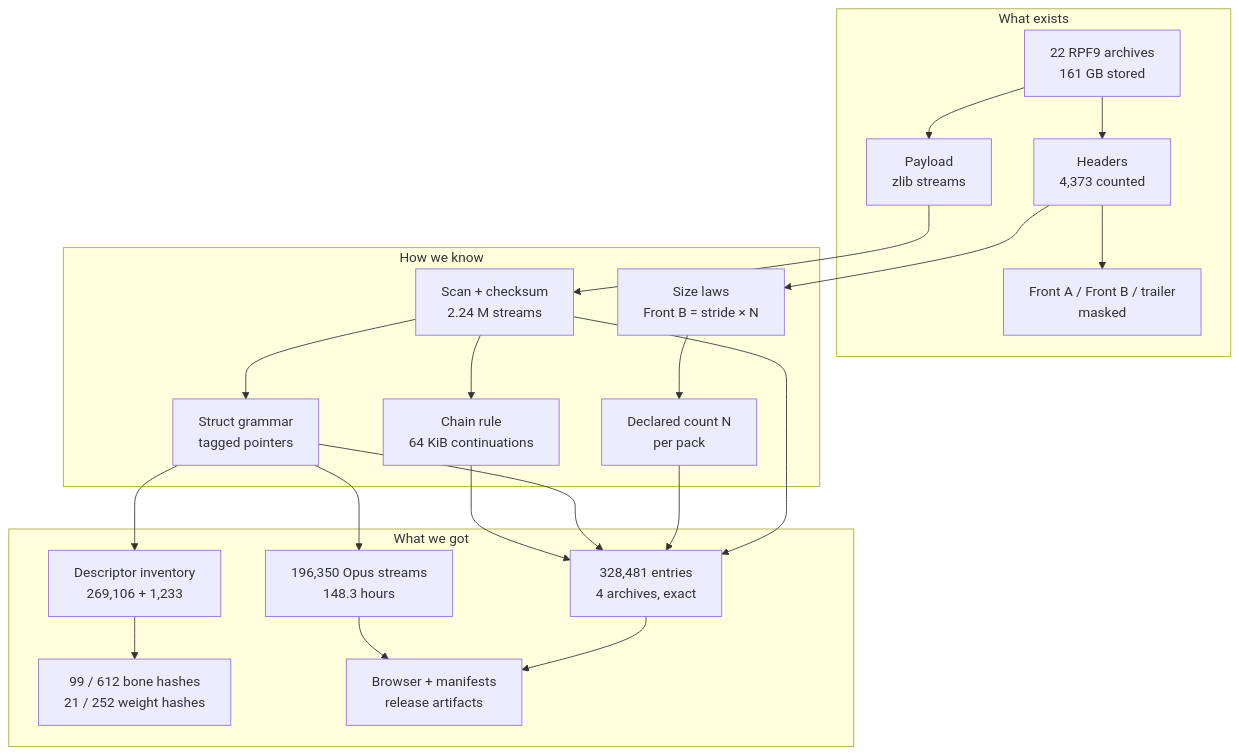
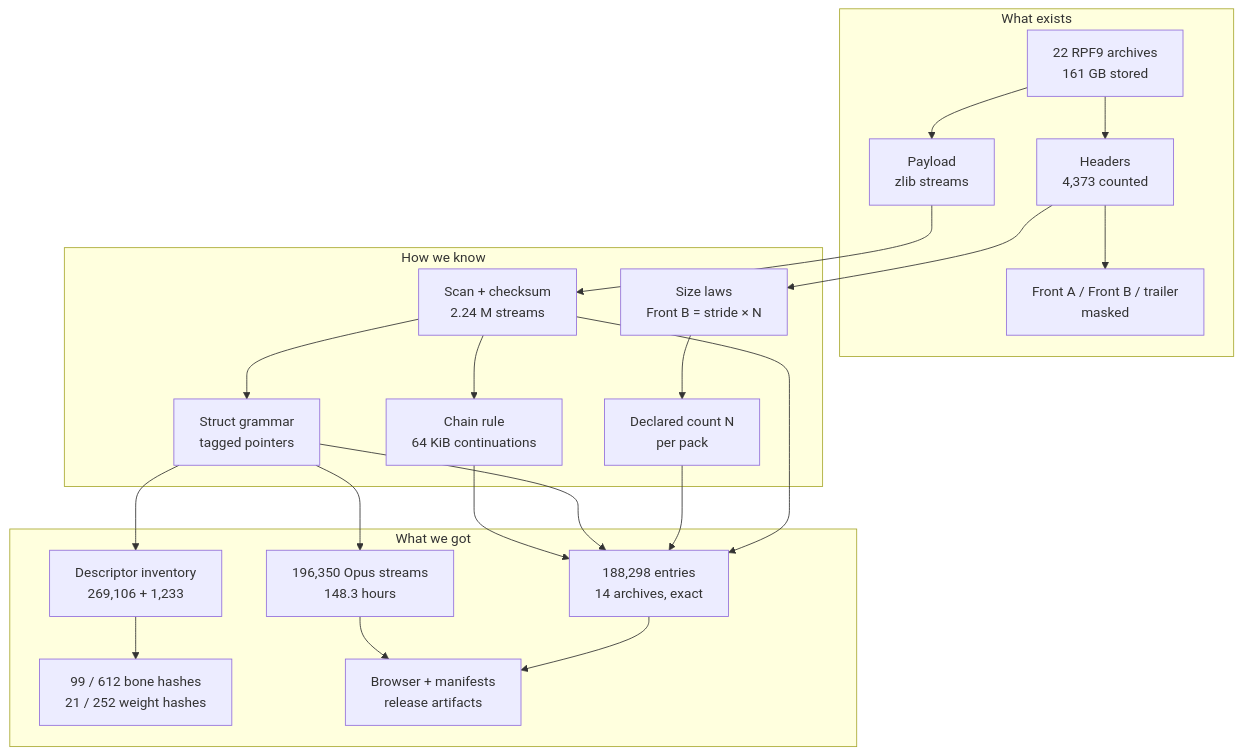
Before and after one commit to lynxnathan/rage-tools-vi: the fourth of 4 diagrams in docs/explained.md, drawn with Mermaid. The commit also changed 6 other files, not shown here.

````diff
--- a/docs/explained.md
+++ b/docs/explained.md
@@ -165,41 +165,41 @@
 ```mermaid
 flowchart TB
     subgraph Data["What exists"]
       AR["22 RPF9 archives<br/>161 GB stored"]
       HD["Headers<br/>4,373 counted"]
       FA["Front A / Front B / trailer<br/>masked"]
       PL["Payload<br/>zlib streams"]
     end
     subgraph Method["How we know"]
       SC["Scan + checksum<br/>2.24 M streams"]
       SZ["Size laws<br/>Front B = stride × N"]
       CN["Declared count N<br/>per pack"]
       ST["Struct grammar<br/>tagged pointers"]
       CH["Chain rule<br/>64 KiB continuations"]
     end
     subgraph Results["What we got"]
-      EN["328,481 entries<br/>4 archives, exact"]
+      EN["188,298 entries<br/>14 archives, exact"]
       DS["Descriptor inventory<br/>269,106 + 1,233"]
       NM["99 / 612 bone hashes<br/>21 / 252 weight hashes"]
       AU["196,350 Opus streams<br/>148.3 hours"]
       RD["Browser + manifests<br/>release artifacts"]
     end
 
     AR --> HD
     AR --> PL
     HD --> FA
     HD --> SZ
     PL --> SC
     SZ --> CN
     SC --> EN
     CN --> EN
     SC --> CH
     SC --> ST
     ST --> DS
     ST --> EN
     CH --> EN
     DS --> NM
     ST --> AU
     EN --> RD
     AU --> RD
 ```
````
